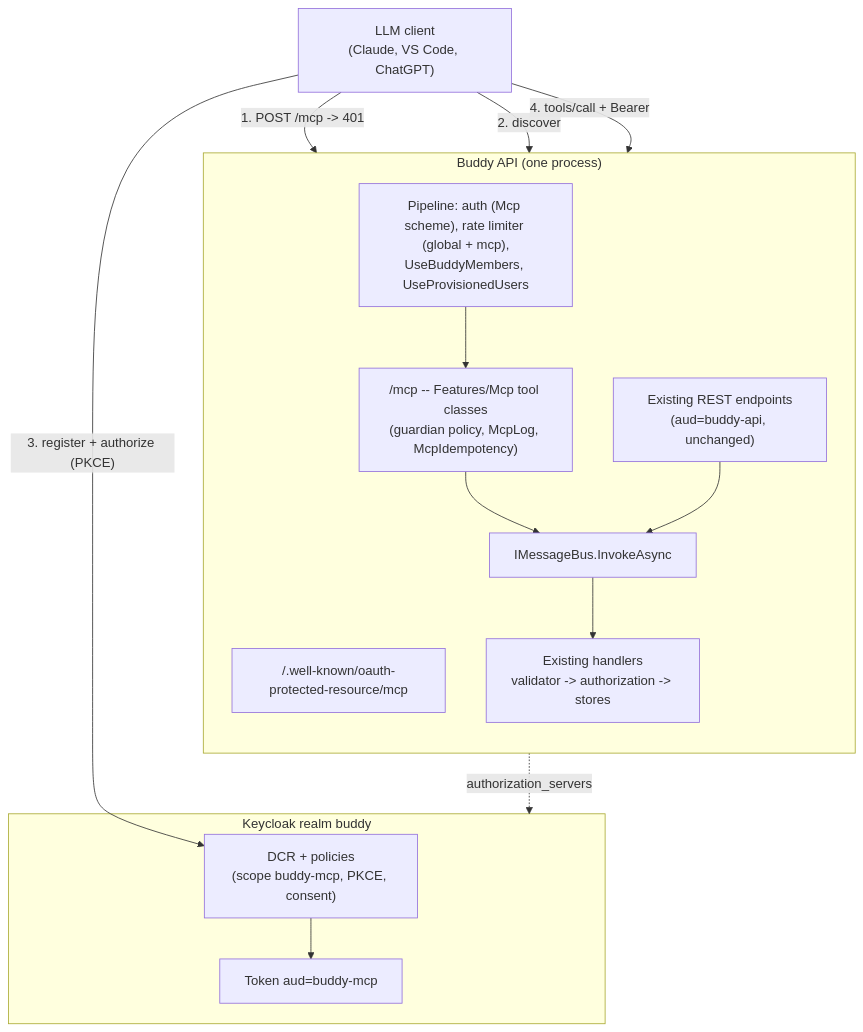
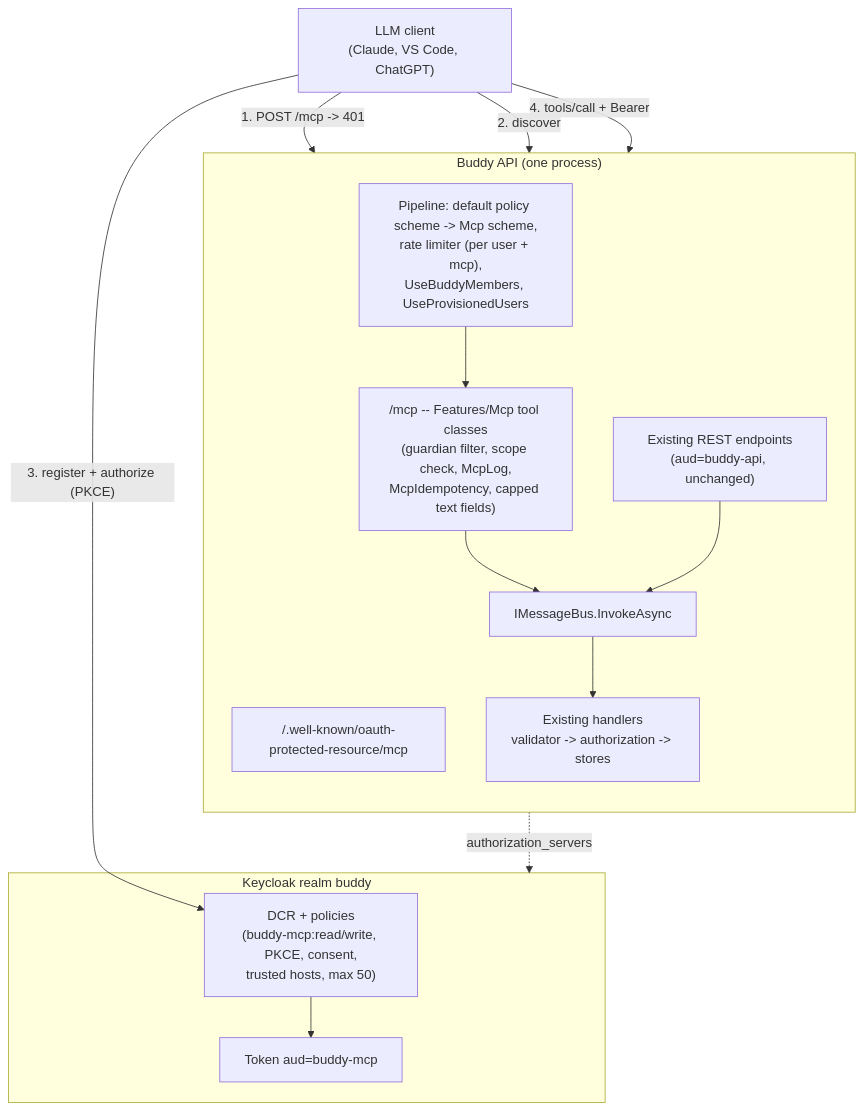
The diagram in docs/backend/analysis/mcp-server.md (kimipsen/buddy), drawn with Mermaid before and after one commit. The commit also changed other lines of this file, not shown here.

First line of the commit message:
docs(analysis): address review of the MCP server analysis [skip-docs]

````diff
--- a/docs/backend/analysis/mcp-server.md
+++ b/docs/backend/analysis/mcp-server.md
@@ -505,25 +716,25 @@
 ```mermaid
 flowchart TB
     Client["LLM client\n(Claude, VS Code, ChatGPT)"]
     subgraph KC["Keycloak realm buddy"]
-        DCR["DCR + policies\n(scope buddy-mcp, PKCE, consent)"]
+        DCR["DCR + policies\n(buddy-mcp:read/write, PKCE, consent,\ntrusted hosts, max 50)"]
         Token["Token aud=buddy-mcp"]
     end
     subgraph Api["Buddy API (one process)"]
         direction TB
         PRM["/.well-known/oauth-protected-resource/mcp"]
-        Pipeline["Pipeline: auth (Mcp scheme), rate limiter (global + mcp),\nUseBuddyMembers, UseProvisionedUsers"]
-        Mcp["/mcp -- Features/Mcp tool classes\n(guardian policy, McpLog, McpIdempotency)"]
+        Pipeline["Pipeline: default policy scheme -> Mcp scheme,\nrate limiter (per user + mcp),\nUseBuddyMembers, UseProvisionedUsers"]
+        Mcp["/mcp -- Features/Mcp tool classes\n(guardian filter, scope check, McpLog,\nMcpIdempotency, capped text fields)"]
         Bus["IMessageBus.InvokeAsync"]
         Handlers["Existing handlers\nvalidator -> authorization -> stores"]
         Rest["Existing REST endpoints\n(aud=buddy-api, unchanged)"]
     end
     Client -- "1. POST /mcp -> 401" --> Pipeline
     Client -- "2. discover" --> PRM
     PRM -. "authorization_servers" .-> KC
     Client -- "3. register + authorize (PKCE)" --> DCR
     DCR --> Token
     Client -- "4. tools/call + Bearer" --> Pipeline
     Pipeline --> Mcp --> Bus --> Handlers
     Rest --> Bus
 ```
````
